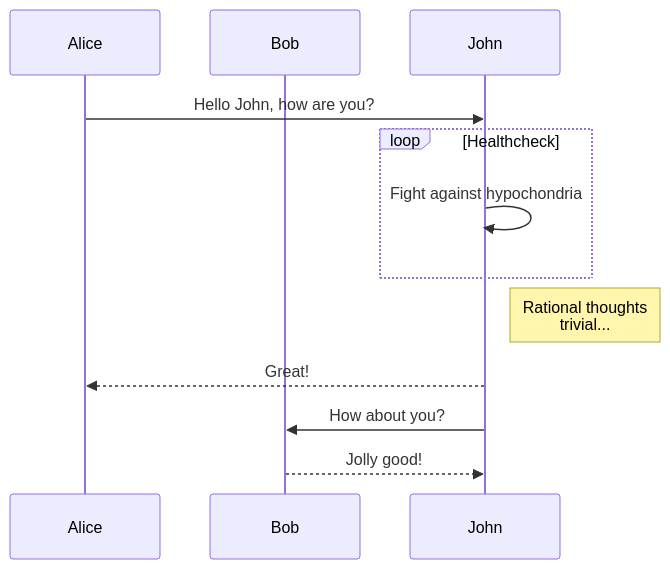
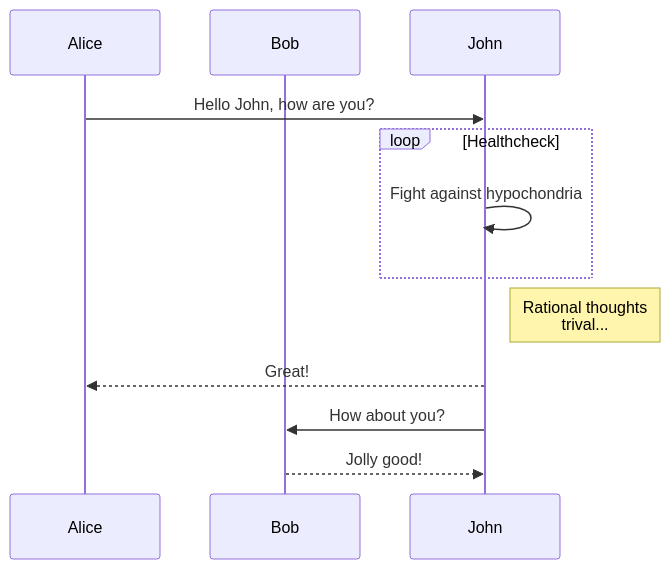
The diagram in aDoc/pythonInstall.md (terrenceliu01/python1), drawn with Mermaid before and after one commit. The commit also changed other lines of this file and 2 other files, not shown here.

````diff
--- a/aDoc/pythonInstall.md
+++ b/aDoc/pythonInstall.md
@@ -38,13 +40,13 @@
   ```mermaid
   sequenceDiagram
     participant Alice
     participant Bob
     Alice->>John: Hello John, how are you?
     loop Healthcheck
       John->>John: Fight against hypochondria
     end
-    Note right of John: Rational thoughts<br/>trivial...
+    Note right of John: Rational thoughts<br/>trival...
     John-->>Alice: Great!
     John->>Bob: How about you?
     Bob-->>John: Jolly good!
   ```
````
